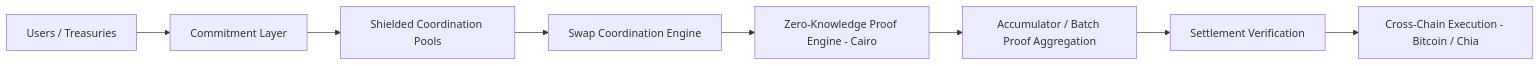
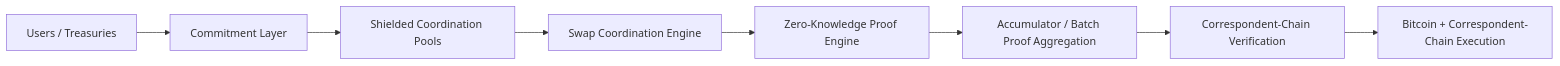
The diagram in architecture.md (bcyx-protocol/docs), drawn with Mermaid before and after one commit. The commit also changed other lines of this file and 9 other files, not shown here.

````diff
--- a/architecture.md
+++ b/architecture.md
@@ -8,11 +11,11 @@
 ```mermaid
 flowchart LR
     U[Users / Treasuries]
     U --> C[Commitment Layer]
     C --> P[Shielded Coordination Pools]
     P --> E[Swap Coordination Engine]
-    E --> Z[Zero-Knowledge Proof Engine - Cairo]
+    E --> Z[Zero-Knowledge Proof Engine]
     Z --> A[Accumulator / Batch Proof Aggregation]
-    A --> V[Settlement Verification]
-    V --> X[Cross-Chain Execution - Bitcoin / Chia]
+    A --> V[Correspondent-Chain Verification]
+    V --> X[Bitcoin + Correspondent-Chain Execution]
 ```
````
